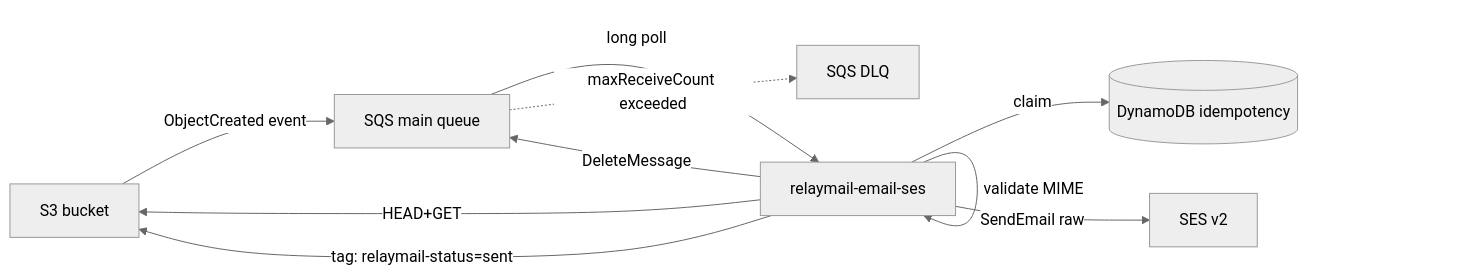
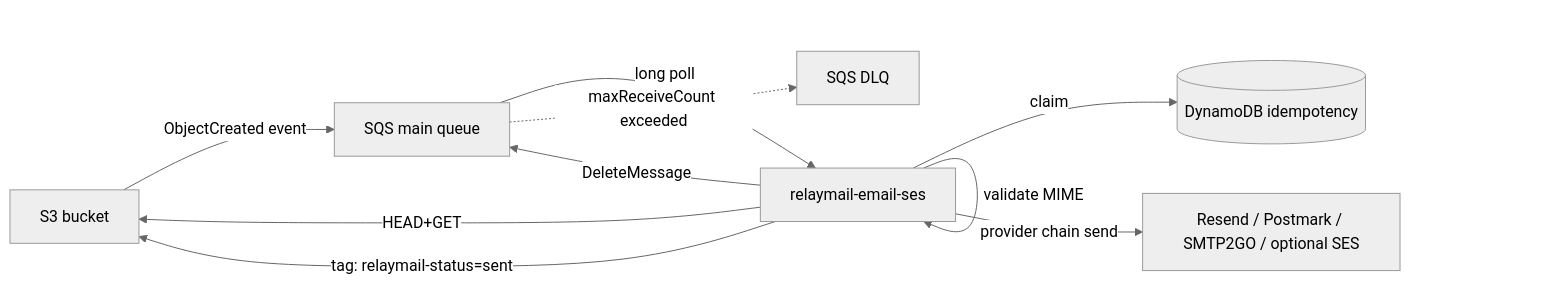
One commit to alikor/RelayMail changed the first of 3 diagrams in docs/architecture.md. Above: the diagram before and after it, drawn with Mermaid (neutral theme). The commit also changed other lines of this file and 73 other files, not shown here.

````diff
--- a/docs/architecture.md
+++ b/docs/architecture.md
@@ -27,16 +30,16 @@
 ```mermaid
 flowchart LR
     bucket[S3 bucket]
-    ses[SES v2]
+    providers[Resend / Postmark / SMTP2GO / optional SES]
     dlq[SQS DLQ]
 
     bucket -- ObjectCreated event --> sqs[SQS main queue]
     sqs -->|long poll| worker[relaymail-email-ses]
     worker -->|HEAD+GET| bucket
     worker -->|validate MIME| worker
     worker -->|claim| ddb[(DynamoDB idempotency)]
-    worker -->|SendEmail raw| ses
+    worker -->|provider chain send| providers
     worker -->|tag: relaymail-status=sent| bucket
     worker -->|DeleteMessage| sqs
     sqs -. maxReceiveCount exceeded .-> dlq
 ```
````
